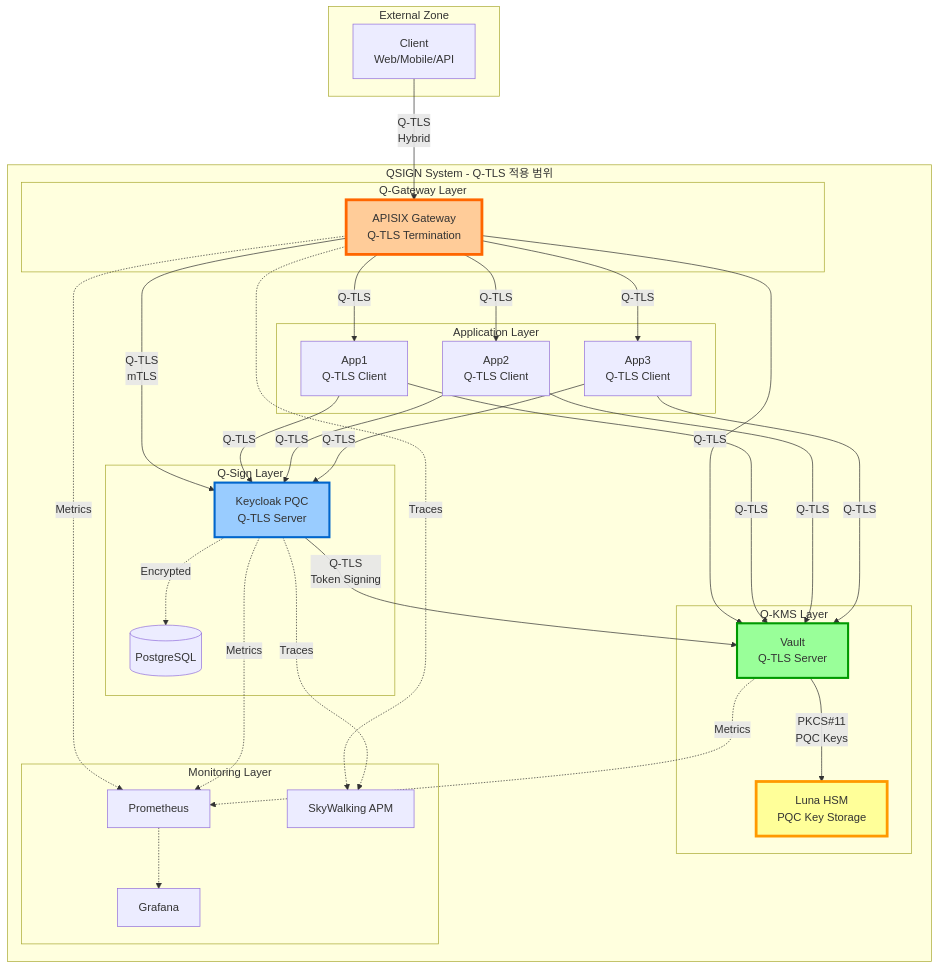
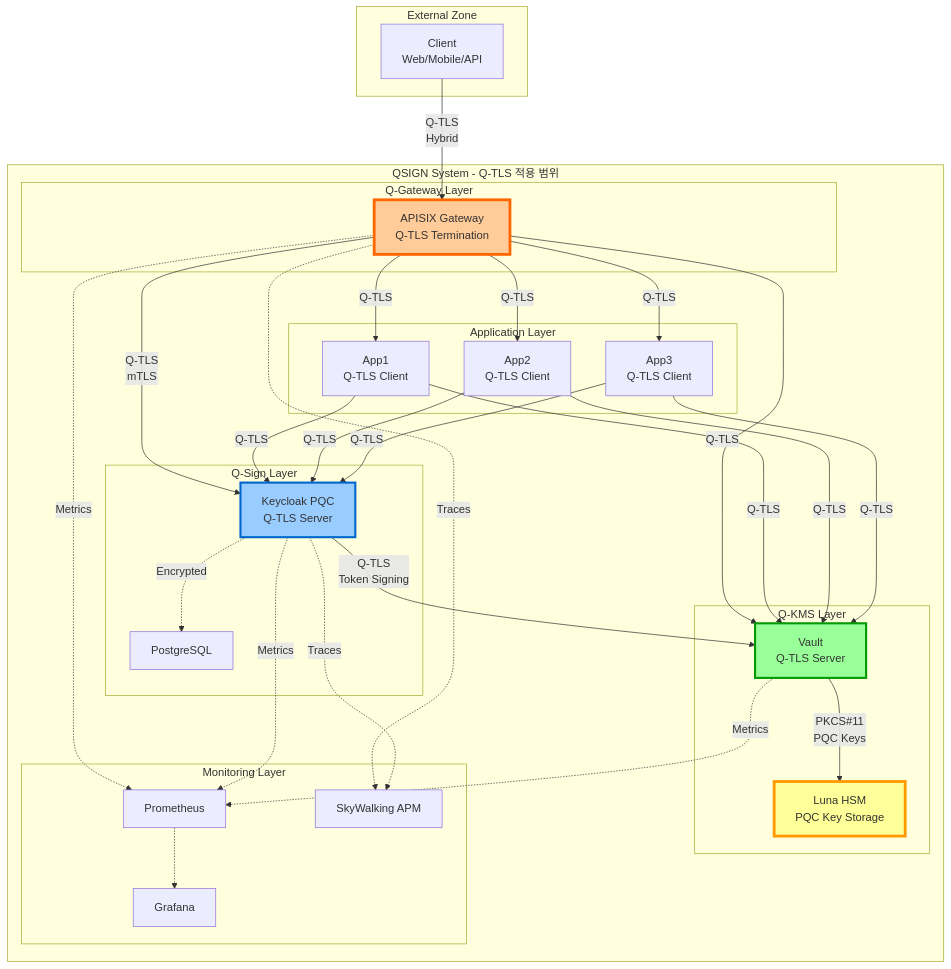
Before and after one commit to infeelchoi/q-docs: diagram 14 of 23 in 08-q-tls/Q-TLS-OVERVIEW.md, drawn with Mermaid. The commit also changed other lines of this file and 12 other files, not shown here.

First line of the commit message:
🔧 Mermaid 다이어그램 괄호 패턴 파싱 오류 수정

````diff
--- a/08-q-tls/Q-TLS-OVERVIEW.md
+++ b/08-q-tls/Q-TLS-OVERVIEW.md
@@ -1208,59 +1208,59 @@
 ```mermaid
 graph TB
     subgraph "External Zone"
         CLIENT[Client<br/>Web/Mobile/API]
     end
 
     subgraph "QSIGN System - Q-TLS 적용 범위"
         subgraph "Q-Gateway Layer"
             APISIX[APISIX Gateway<br/>Q-TLS Termination]
         end
 
         subgraph "Q-Sign Layer"
             KC[Keycloak PQC<br/>Q-TLS Server]
-            KC_DB[(PostgreSQL)]
+            KC_DB["PostgreSQL"]
         end
 
         subgraph "Q-KMS Layer"
             VAULT[Vault<br/>Q-TLS Server]
             HSM[Luna HSM<br/>PQC Key Storage]
         end
 
         subgraph "Application Layer"
             APP1[App1<br/>Q-TLS Client]
             APP2[App2<br/>Q-TLS Client]
             APP3[App3<br/>Q-TLS Client]
         end
 
         subgraph "Monitoring Layer"
             PROM[Prometheus]
             GRAF[Grafana]
             SKY[SkyWalking APM]
         end
     end
 
     CLIENT -->|Q-TLS<br/>Hybrid| APISIX
 
     APISIX -->|Q-TLS<br/>mTLS| KC
     APISIX -->|Q-TLS| VAULT
     APISIX -->|Q-TLS| APP1
     APISIX -->|Q-TLS| APP2
     APISIX -->|Q-TLS| APP3
 
     KC -->|Q-TLS<br/>Token Signing| VAULT
     KC -.->|Encrypted| KC_DB
 
     VAULT -->|PKCS#11<br/>PQC Keys| HSM
 
     APP1 & APP2 & APP3 -->|Q-TLS| KC
     APP1 & APP2 & APP3 -->|Q-TLS| VAULT
 
     APISIX & KC & VAULT -.->|Metrics| PROM
     PROM -.-> GRAF
     APISIX & KC -.->|Traces| SKY
 
     style APISIX fill:#ffcc99,stroke:#ff6600,stroke-width:4px
     style KC fill:#99ccff,stroke:#0066cc,stroke-width:3px
     style VAULT fill:#99ff99,stroke:#009900,stroke-width:3px
     style HSM fill:#ffff99,stroke:#ff9900,stroke-width:4px
 ```
````
